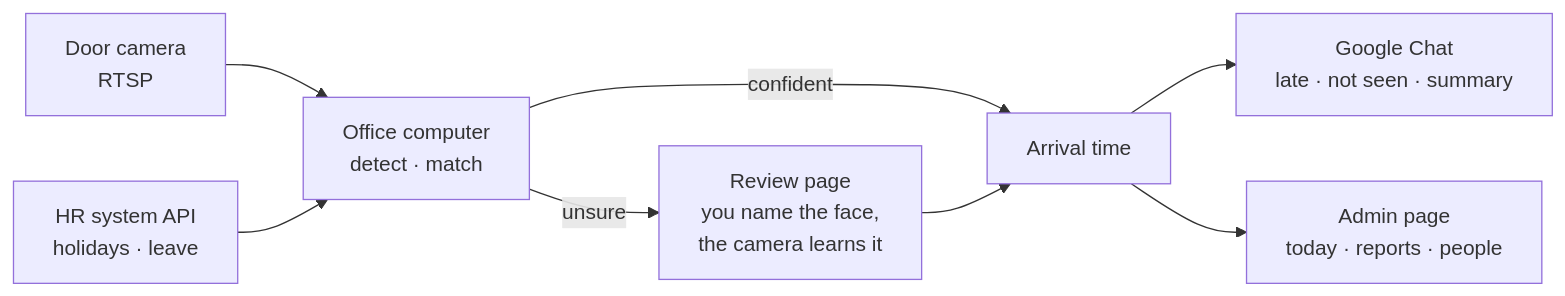
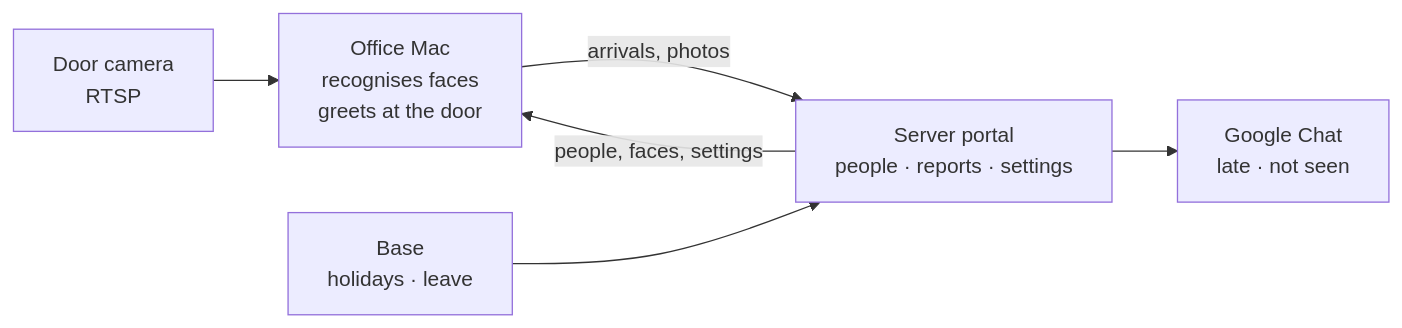
The diagram in README.md (thanhkaiba/rice-camera), drawn with Mermaid before and after one commit. The commit also changed other lines of this file and 2 other files, not shown here.

First line of the commit message:
README: short, for the usual setup of camera, office Mac and server portal

````diff
--- a/README.md
+++ b/README.md
@@ -5,10 +5,8 @@
 ```mermaid
 flowchart LR
-  cam[Door camera<br>RTSP] --> pc[Office computer<br>detect · match]
-  hr[HR system API<br>holidays · leave] --> pc
-  pc -->|confident| arr[Arrival time]
-  pc -->|unsure| rev[Review page<br>you name the face,<br>the camera learns it]
-  rev --> arr
-  arr --> chat[Google Chat<br>late · not seen · summary]
-  arr --> web[Admin page<br>today · reports · people]
+  cam[Door camera<br>RTSP] --> mac[Office Mac<br>recognises faces<br>greets at the door]
+  mac -->|arrivals, photos| srv[Server portal<br>people · reports · settings]
+  srv -->|people, faces, settings| mac
+  hr[Base<br>holidays · leave] --> srv
+  srv --> chat[Google Chat<br>late · not seen]
 ```
````
